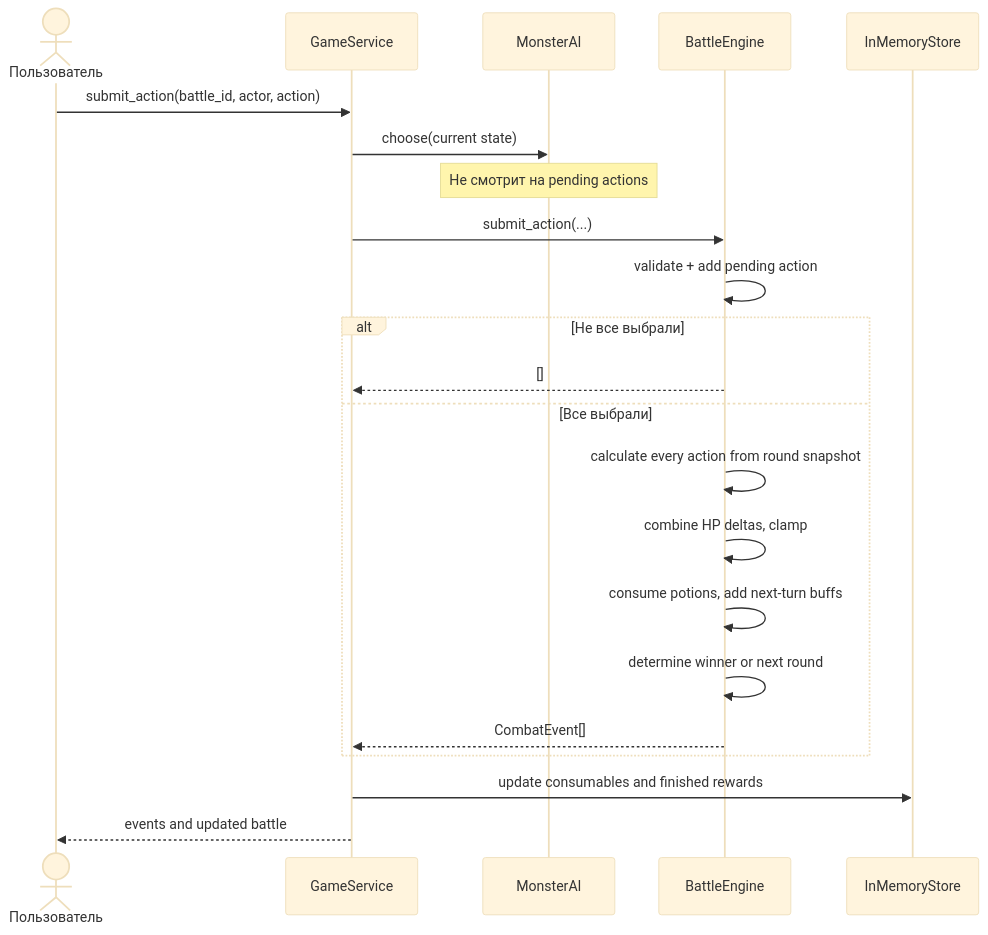
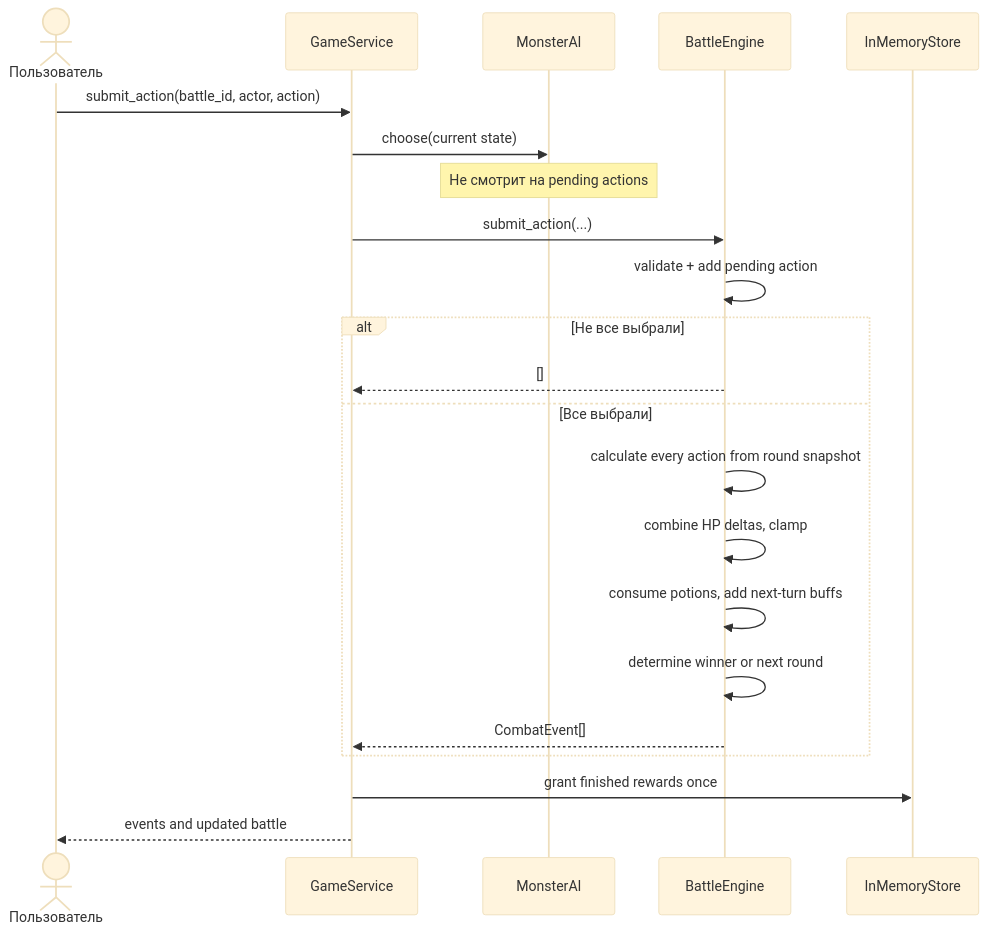
One commit to MeeDaniel/TelegramRPGBot changed the fourth of 4 diagrams in ARCHITECTURE.md. Above: the diagram before and after it, drawn with Mermaid (base theme). The commit also changed other lines of this file and 4 other files, not shown here.

````diff
--- a/ARCHITECTURE.md
+++ b/ARCHITECTURE.md
@@ -198,24 +204,24 @@
 ```mermaid
 sequenceDiagram
     actor Human as Пользователь
     participant App as GameService
     participant AI as MonsterAI
     participant Engine as BattleEngine
     participant Store as InMemoryStore
     Human->>App: submit_action(battle_id, actor, action)
     App->>AI: choose(current state)
     Note over AI: Не смотрит на pending actions
     App->>Engine: submit_action(...)
     Engine->>Engine: validate + add pending action
     alt Не все выбрали
         Engine-->>App: []
     else Все выбрали
         Engine->>Engine: calculate every action from round snapshot
         Engine->>Engine: combine HP deltas, clamp
         Engine->>Engine: consume potions, add next-turn buffs
         Engine->>Engine: determine winner or next round
         Engine-->>App: CombatEvent[]
     end
-    App->>Store: update consumables and finished rewards
+    App->>Store: grant finished rewards once
     App-->>Human: events and updated battle
 ```
````
